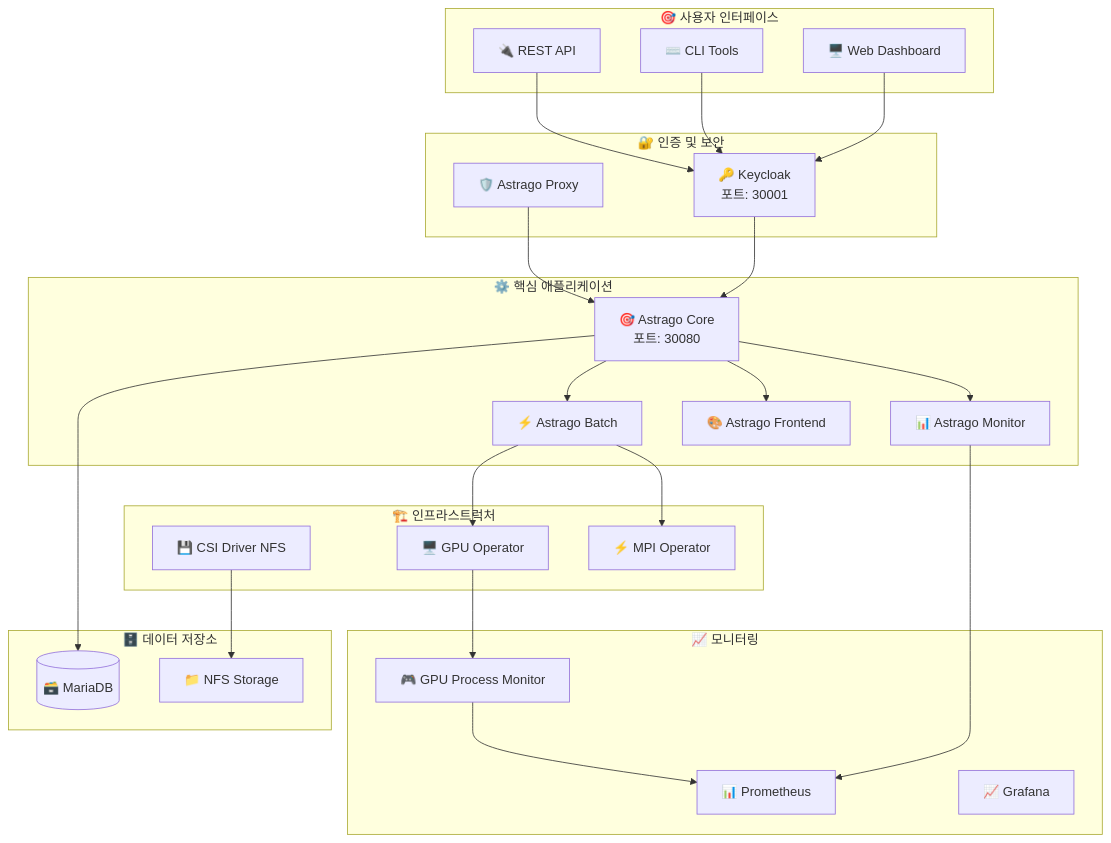
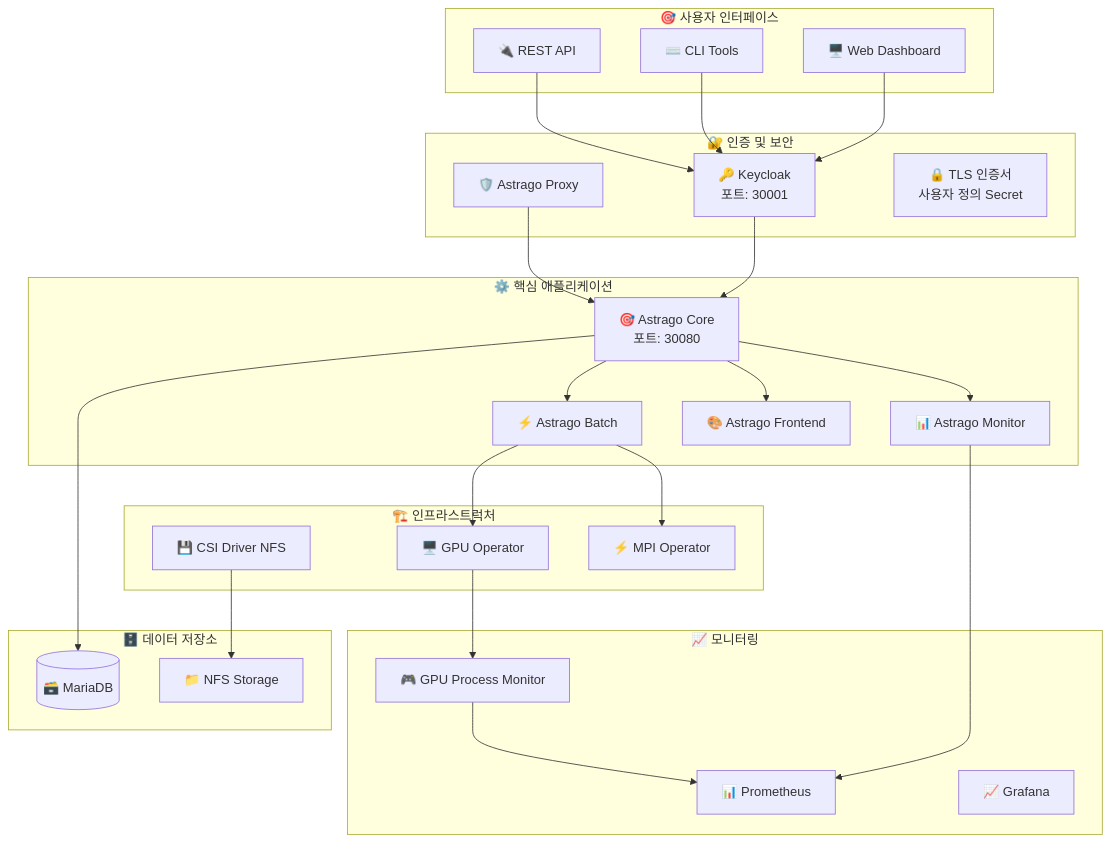
One commit to xiilab/astrago-deployment changed the diagram in README.md. Above: the diagram before and after it, drawn with Mermaid. The commit also changed other lines of this file and 7 other files, not shown here.

First line of the commit message:
feat: Add configurable TLS Secret name support

````diff
--- a/README.md
+++ b/README.md
@@ -118,53 +118,54 @@
 ```mermaid
 graph TB
     subgraph "🎯 사용자 인터페이스"
         UI[🖥️ Web Dashboard]
         CLI[⌨️ CLI Tools]
         API[🔌 REST API]
     end
     
     subgraph "🔐 인증 및 보안"
         KC[🔑 Keycloak<br/>포트: 30001]
         PROXY[🛡️ Astrago Proxy]
+        TLS[🔒 TLS 인증서<br/>사용자 정의 Secret]
     end
     
     subgraph "⚙️ 핵심 애플리케이션"
         CORE[🎯 Astrago Core<br/>포트: 30080]
         BATCH[⚡ Astrago Batch]
         MONITOR[📊 Astrago Monitor]
         FRONTEND[🎨 Astrago Frontend]
     end
     
     subgraph "🏗️ 인프라스트럭처"
         CSI[💾 CSI Driver NFS]
         GPU[🖥️ GPU Operator]
         MPI[⚡ MPI Operator]
     end
     
     subgraph "📈 모니터링"
         PROM[📊 Prometheus]
         GRAF[📈 Grafana]
         GPU_MON[🎮 GPU Process Monitor]
     end
     
     subgraph "🗄️ 데이터 저장소"
         DB[(🗃️ MariaDB)]
         NFS[📁 NFS Storage]
     end
     
     UI --> KC
     CLI --> KC
     API --> KC
     KC --> CORE
     PROXY --> CORE
     CORE --> BATCH
     CORE --> MONITOR
     CORE --> FRONTEND
     CORE --> DB
     BATCH --> GPU
     BATCH --> MPI
     MONITOR --> PROM
     GPU --> GPU_MON
     GPU_MON --> PROM
     CSI --> NFS
 ```
````
